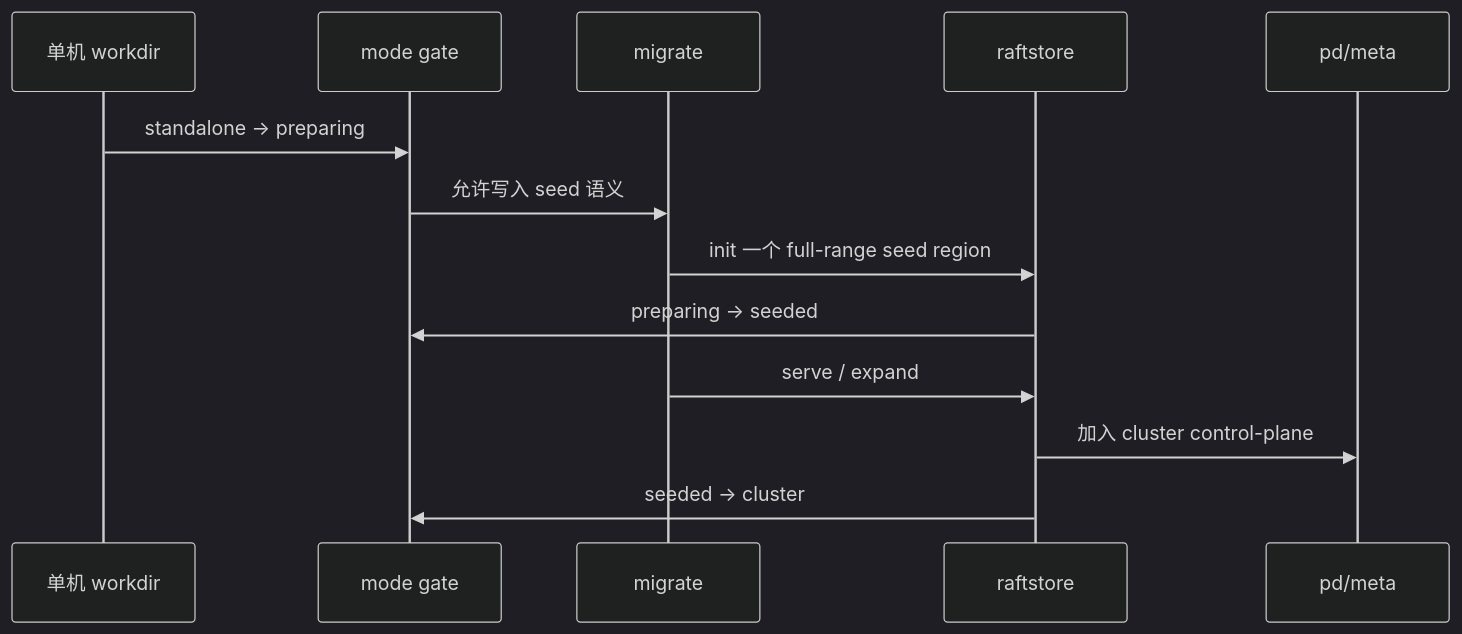
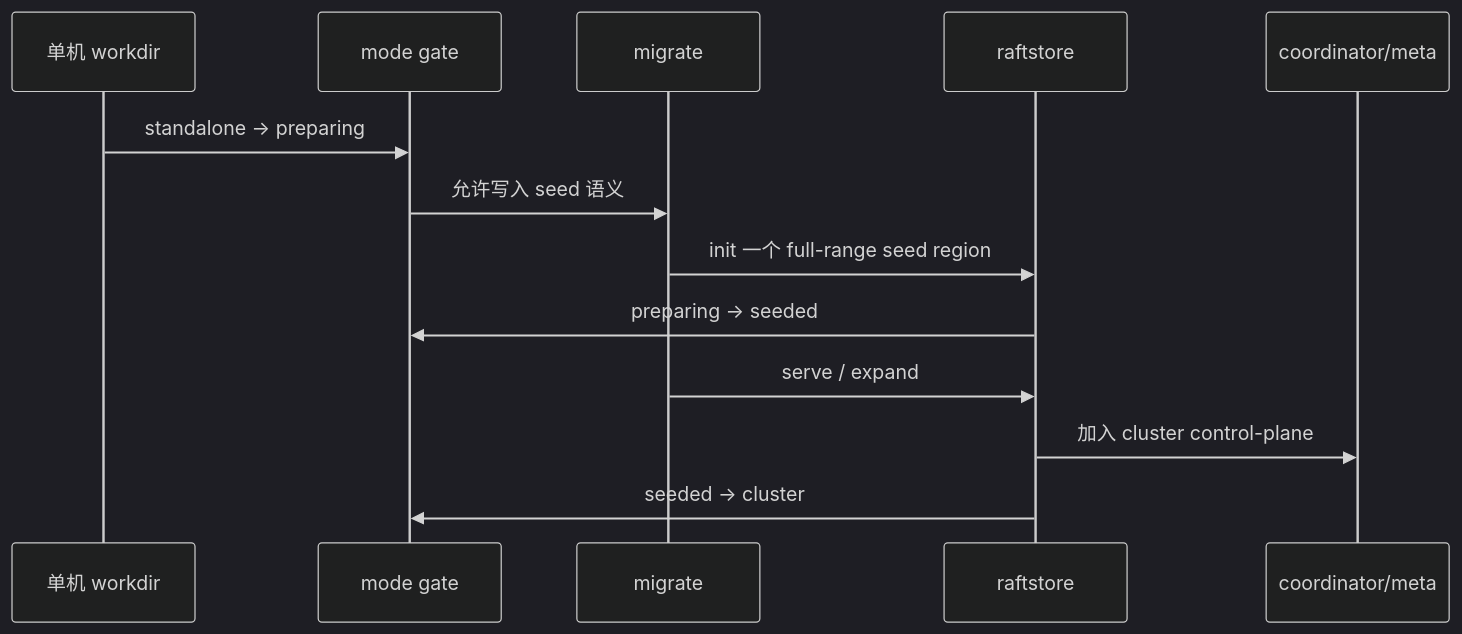
Before and after one commit to feichai0017/NoKV: the second of 2 diagrams in docs/notes/2026-03-30-standalone-to-distributed-bridge.md, drawn with Mermaid (dark theme). The commit also changed other lines of this file and 14 other files, not shown here.

````diff
--- a/docs/notes/2026-03-30-standalone-to-distributed-bridge.md
+++ b/docs/notes/2026-03-30-standalone-to-distributed-bridge.md
@@ -125,16 +125,16 @@
 ```mermaid
 sequenceDiagram
     participant DB as 单机 workdir
     participant MODE as mode gate
     participant MIG as migrate
     participant RS as raftstore
-    participant PD as pd/meta
+    participant Coordinator as coordinator/meta
 
     DB->>MODE: standalone -> preparing
     MODE->>MIG: 允许写入 seed 语义
     MIG->>RS: init 一个 full-range seed region
     RS->>MODE: preparing -> seeded
     MIG->>RS: serve / expand
-    RS->>PD: 加入 cluster control-plane
+    RS->>Coordinator: 加入 cluster control-plane
     RS->>MODE: seeded -> cluster
 ```
````
